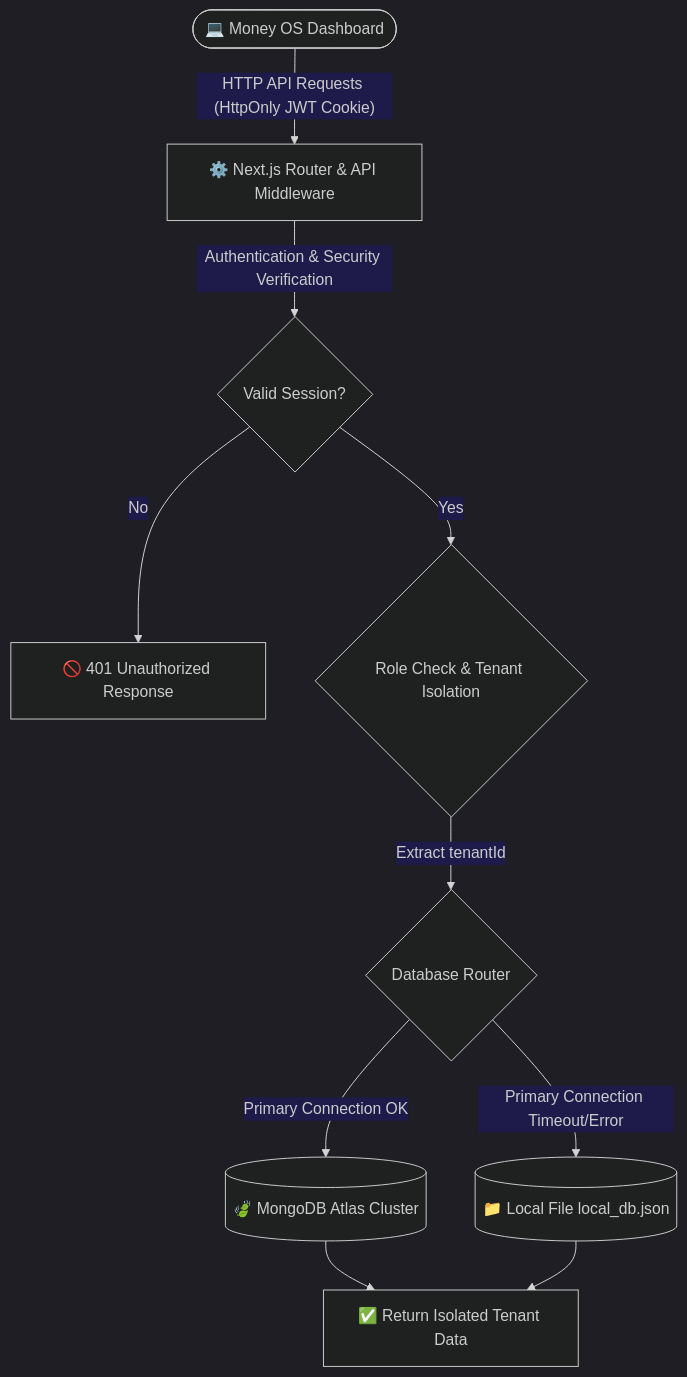
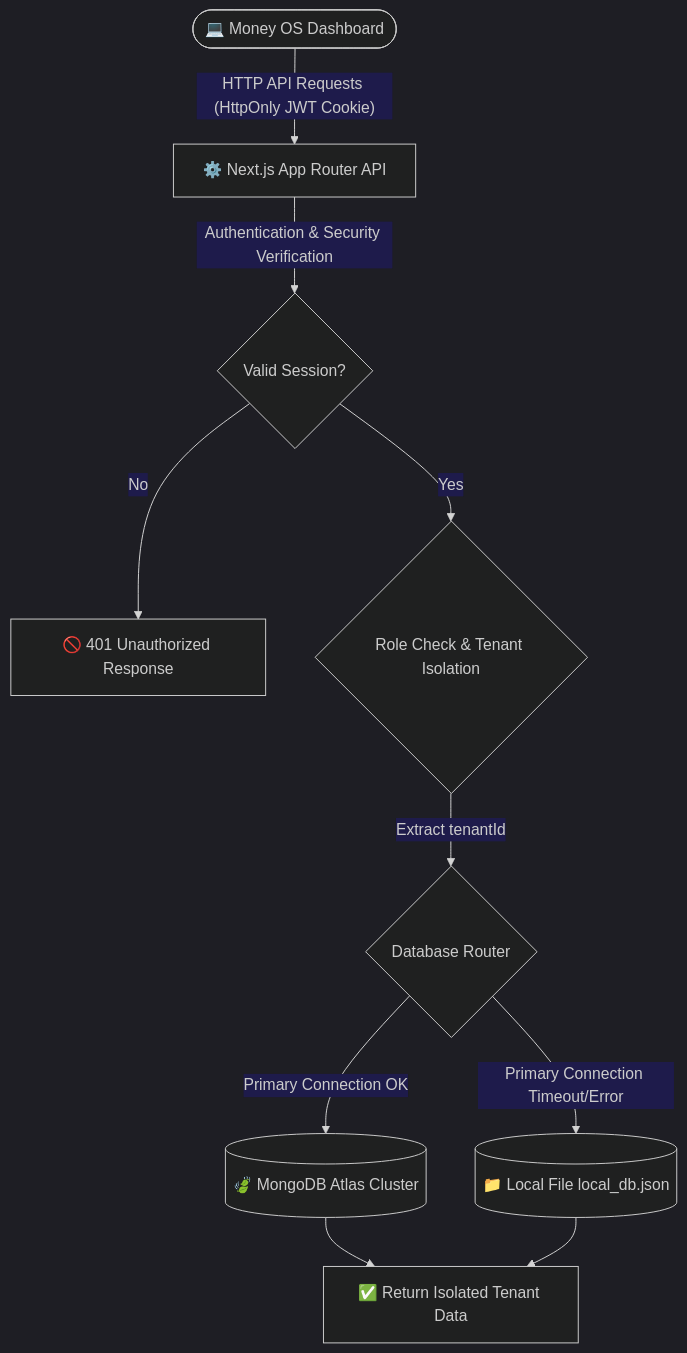
The diagram in README.md (jainhardik06/ledgerpro), drawn with Mermaid before and after one commit. The commit also changed other lines of this file, not shown here.

````diff
--- a/README.md
+++ b/README.md
@@ -78,22 +79,22 @@
 ```mermaid
 %%{init: {'theme': 'dark', 'themeVariables': { 'primaryColor': '#6366f1', 'edgeLabelBackground':'#1e1b4b', 'tertiaryColor': '#0f172a'}}}%%
 graph TD
     %% Clients
-    Client([💻 Money OS Dashboard]) -- "HTTP API Requests (HttpOnly JWT Cookie)" --> API[⚙️ Next.js Router & API Middleware]
+    Client([💻 Money OS Dashboard]) -- "HTTP API Requests (HttpOnly JWT Cookie)" --> API[⚙️ Next.js App Router API]
     
     %% Routing logic
     API -- "Authentication & Security Verification" --> Auth{Valid Session?}
     Auth -- "No" --> Unauth[🚫 401 Unauthorized Response]
     Auth -- "Yes" --> TenantCheck{Role Check & Tenant Isolation}
     
     %% Data Isolation
     TenantCheck -- "Extract tenantId" --> Routing{Database Router}
     
     %% DB Failover
     Routing -- "Primary Connection OK" --> Mongo[(🍃 MongoDB Atlas Cluster)]
     Routing -- "Primary Connection Timeout/Error" --> LocalDB[(📁 Local File local_db.json)]
     
     %% Output
     Mongo --> Return[✅ Return Isolated Tenant Data]
     LocalDB --> Return
 ```
````
